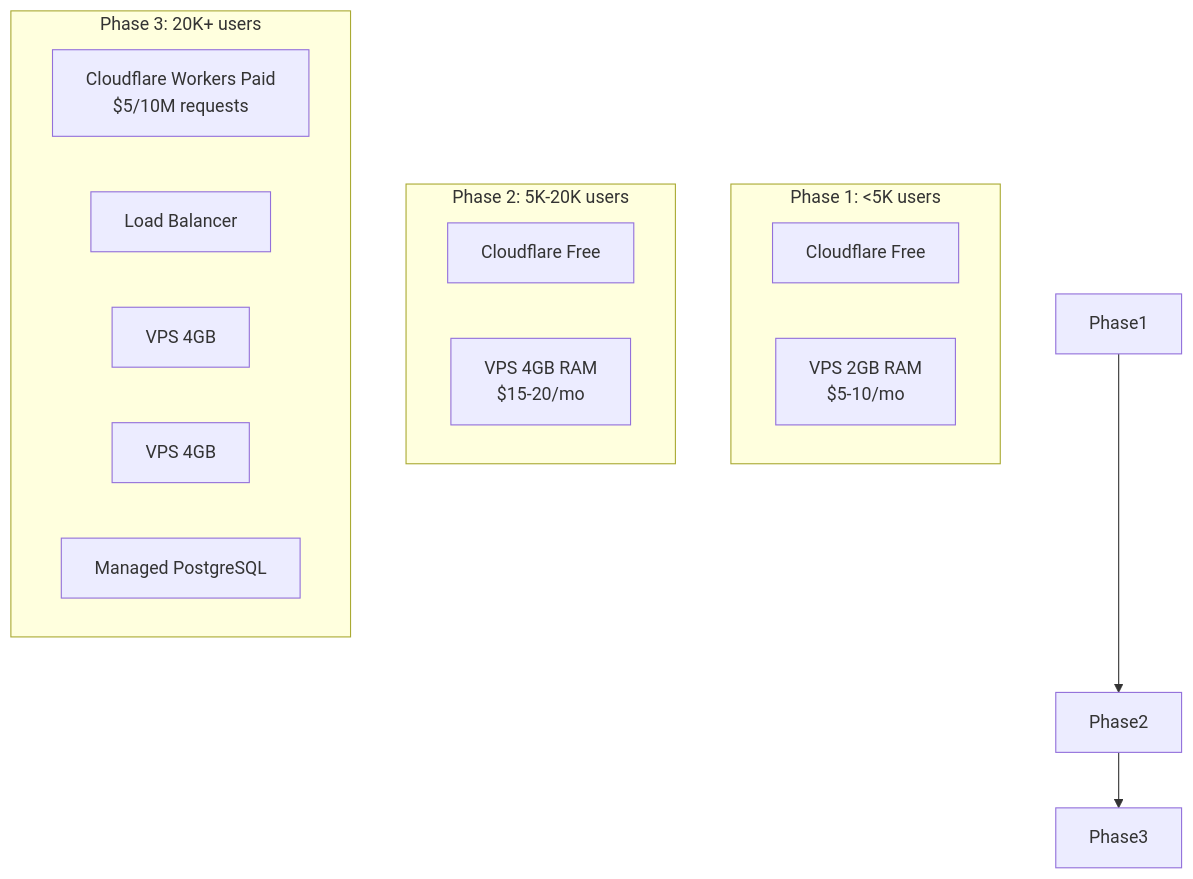
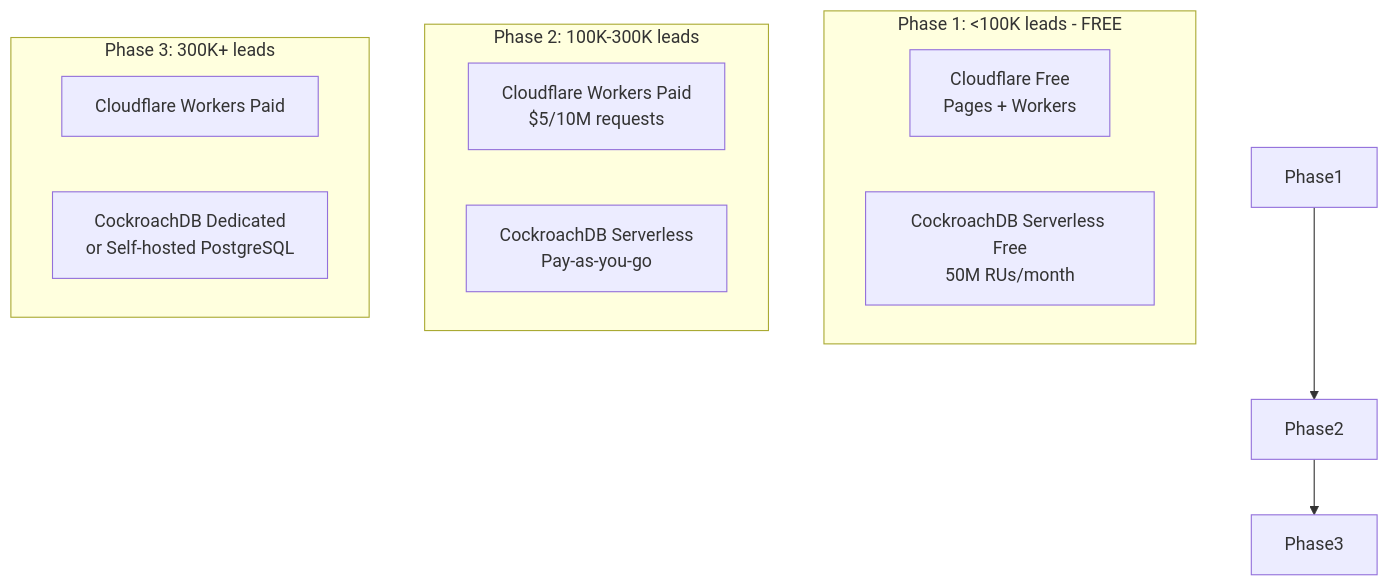
One commit to idtazkia/website-stmik changed diagram 11 of 11 in docs/ARCHITECTURE.md. Above: the diagram before and after it, drawn with Mermaid. The commit also changed other lines of this file and 3 other files, not shown here.

First line of the commit message:
Update architecture to use CockroachDB Serverless

````diff
--- a/docs/ARCHITECTURE.md
+++ b/docs/ARCHITECTURE.md
@@ -637,23 +701,20 @@
 ```mermaid
 graph TB
-    subgraph "Phase 1: <5K users"
-        CF1[Cloudflare Free]
-        VPS1[VPS 2GB RAM<br/>$5-10/mo]
+    subgraph "Phase 1: <100K leads - FREE"
+        CF1[Cloudflare Free<br/>Pages + Workers]
+        DB1[CockroachDB Serverless Free<br/>50M RUs/month]
     end
 
-    subgraph "Phase 2: 5K-20K users"
-        CF2[Cloudflare Free]
-        VPS2[VPS 4GB RAM<br/>$15-20/mo]
+    subgraph "Phase 2: 100K-300K leads"
+        CF2[Cloudflare Workers Paid<br/>$5/10M requests]
+        DB2[CockroachDB Serverless<br/>Pay-as-you-go]
     end
 
-    subgraph "Phase 3: 20K+ users"
-        CF3[Cloudflare Workers Paid<br/>$5/10M requests]
-        LB[Load Balancer]
-        VPS3A[VPS 4GB]
-        VPS3B[VPS 4GB]
-        DBManaged[Managed PostgreSQL]
+    subgraph "Phase 3: 300K+ leads"
+        CF3[Cloudflare Workers Paid]
+        DB3[CockroachDB Dedicated<br/>or Self-hosted PostgreSQL]
     end
 
     Phase1 --> Phase2
     Phase2 --> Phase3
 ```
````
